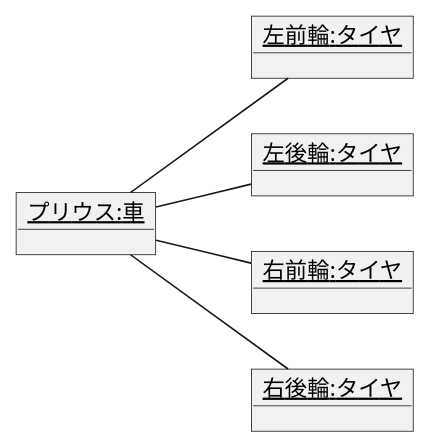
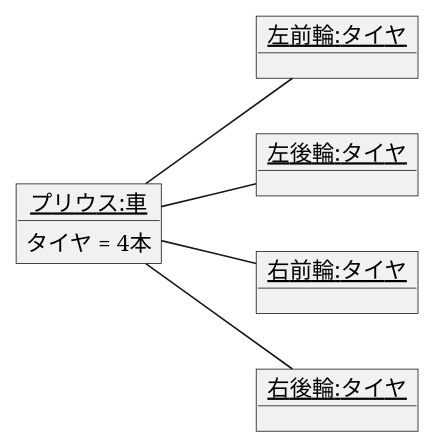
The diagram in 演習3-4_オブジェクト図.pu (Aishin12/uml_introduction), drawn with PlantUML before and after one commit. The commit also changed 1 other file, not shown here.

```diff
--- a/演習3-4_オブジェクト図.pu
+++ b/演習3-4_オブジェクト図.pu
@@ -1,23 +1,20 @@
 @startuml オブジェクト図
 left to right direction
 object "<u>プリウス:車</u>" as c1 {
+    タイヤ = 4本
 }
 
 object "<u>左前輪:タイヤ</u>" as w1 {
-
 }
 object "<u>左後輪:タイヤ</u>" as w2 {
-
 }
 object "<u>右前輪:タイヤ</u>" as w3 {
-
 }
 object "<u>右後輪:タイヤ</u>" as w4 {
-
 }
 
 c1 -- w1
 c1 -- w2
 c1 -- w3
 c1 -- w4
 @enduml
```
